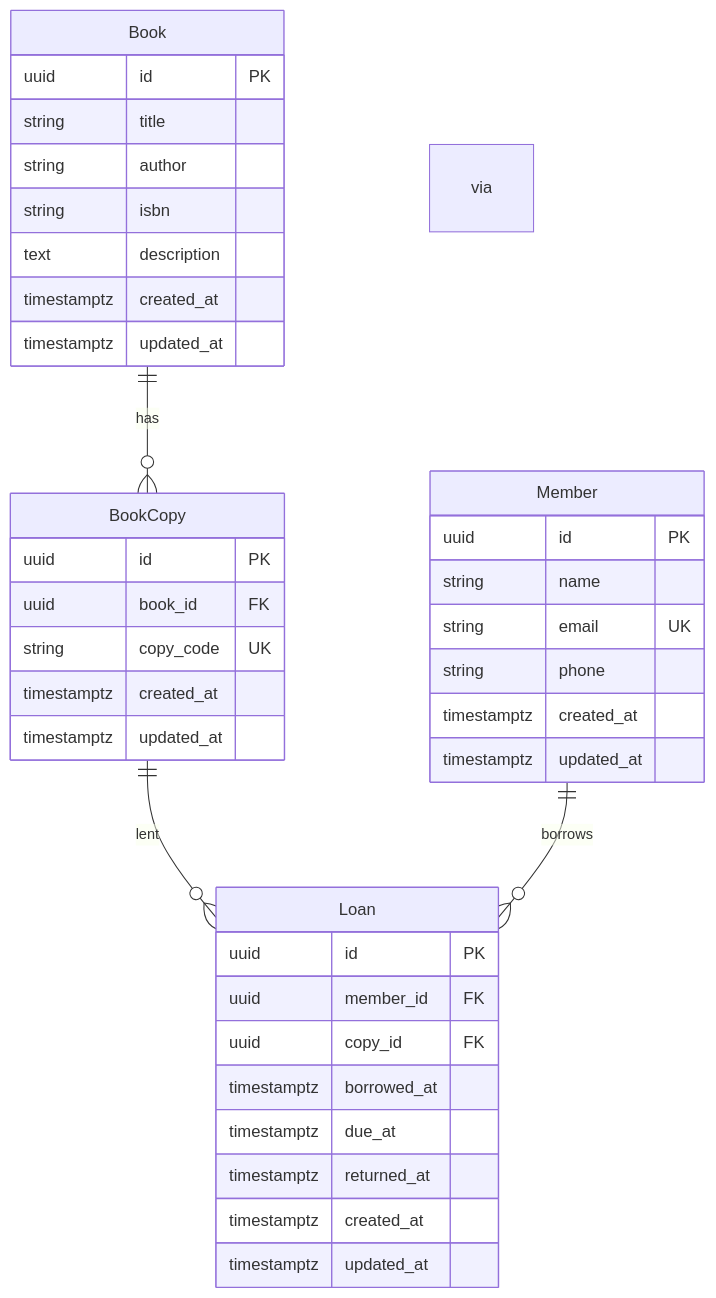
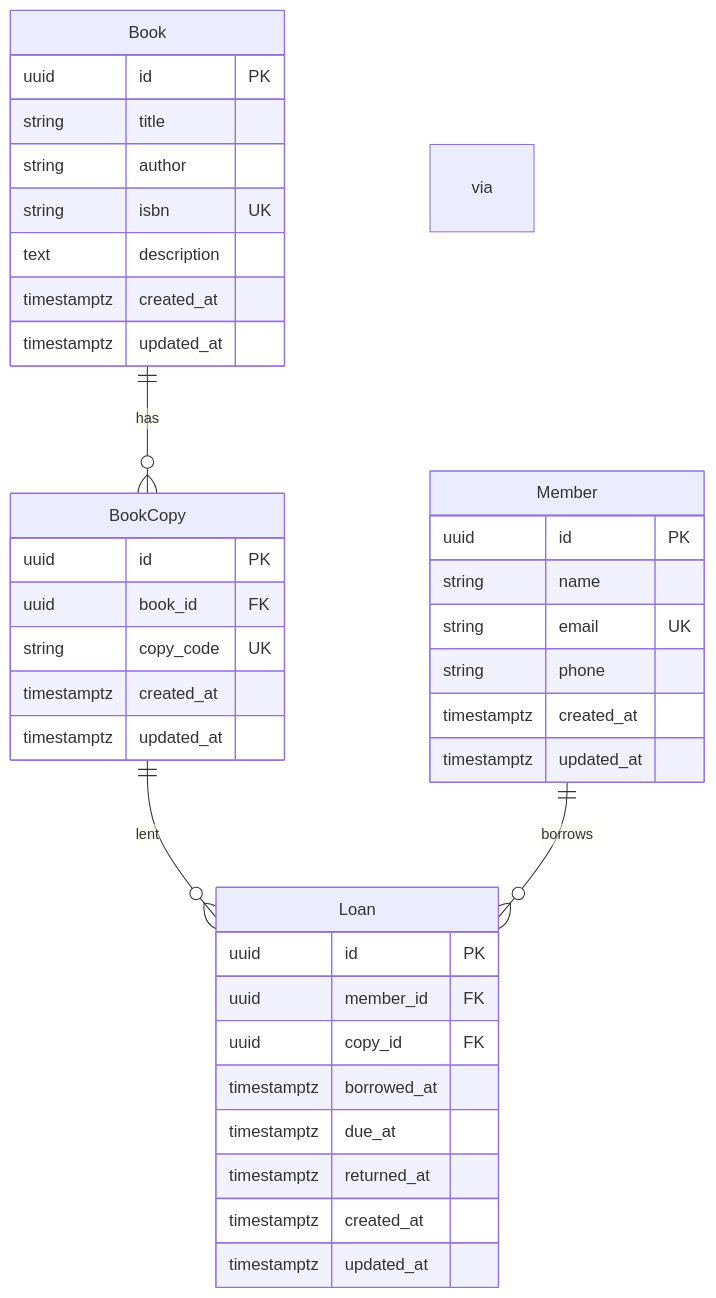
Before and after one commit to neelesh-nirmal/neighborhood-library-service: the first of 2 diagrams in README.md, drawn with Mermaid. The commit also changed other lines of this file, not shown here.

````diff
--- a/README.md
+++ b/README.md
@@ -102,40 +113,40 @@
 ```mermaid
 erDiagram
   Book ||--o{ BookCopy : has
   BookCopy ||--o{ Loan : lent via
   Member ||--o{ Loan : borrows
   Book {
     uuid id PK
     string title
     string author
-    string isbn
+    string isbn UK
     text description
     timestamptz created_at
     timestamptz updated_at
   }
   BookCopy {
     uuid id PK
     uuid book_id FK
     string copy_code UK
     timestamptz created_at
     timestamptz updated_at
   }
   Member {
     uuid id PK
     string name
     string email UK
     string phone
     timestamptz created_at
     timestamptz updated_at
   }
   Loan {
     uuid id PK
     uuid member_id FK
     uuid copy_id FK
     timestamptz borrowed_at
     timestamptz due_at
     timestamptz returned_at
     timestamptz created_at
     timestamptz updated_at
   }
 ```
````
